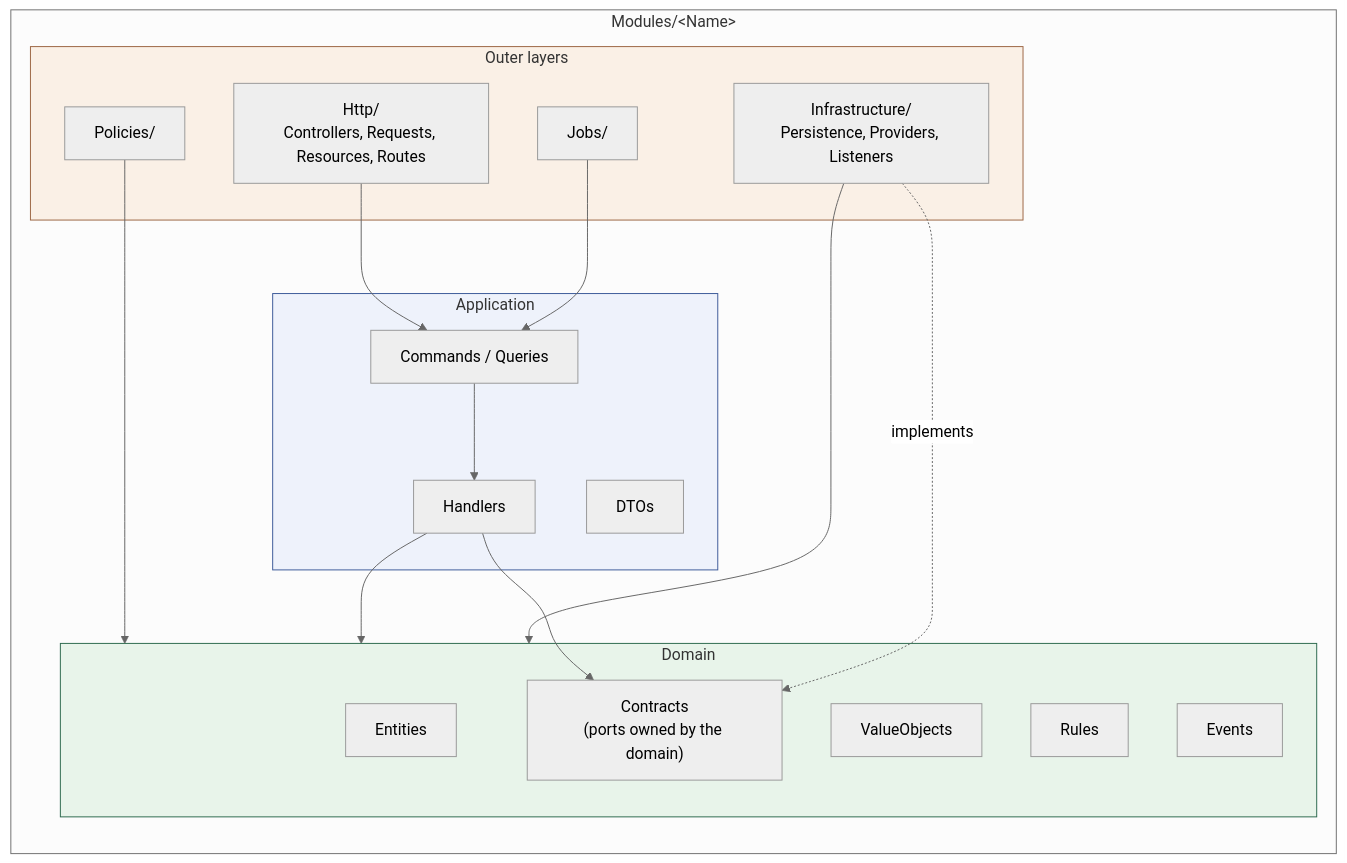
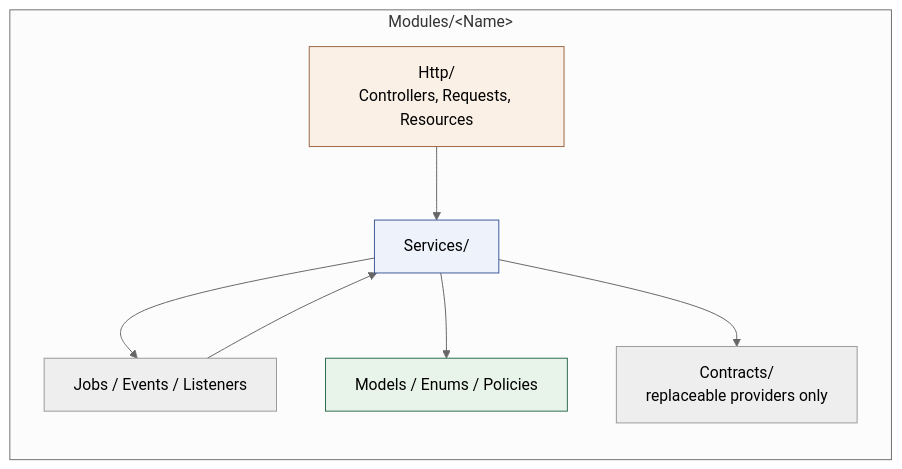
The first of 2 diagrams in docs/architecture/c4-component-module-dependency.md (mahmoudemad68/clinical_system), drawn with Mermaid (neutral theme) before and after one commit. The commit also changed other lines of this file and 526 other files, not shown here.

````diff
--- a/docs/architecture/c4-component-module-dependency.md
+++ b/docs/architecture/c4-component-module-dependency.md
@@ -18,40 +25,22 @@
 ```mermaid
 flowchart TB
     subgraph Module["Modules/&lt;Name&gt;"]
         direction TB
 
-        subgraph Edge["Outer layers"]
-            HTTP["Http/<br/>Controllers, Requests, Resources, Routes"]
-            Infra["Infrastructure/<br/>Persistence, Providers, Listeners"]
-            Jobs["Jobs/"]
-            Policies["Policies/"]
-        end
-
-        subgraph App["Application"]
-            Commands["Commands / Queries"]
-            Handlers["Handlers"]
-            DTOs["DTOs"]
-        end
-
-        subgraph Dom["Domain"]
-            Entities["Entities"]
-            VOs["ValueObjects"]
-            RulesN["Rules"]
-            Events["Events"]
-            Contracts["Contracts<br/>(ports owned by the domain)"]
-        end
+        HTTP["Http/<br/>Controllers, Requests, Resources"]
+        Services["Services/"]
+        Models["Models / Enums / Policies"]
+        Jobs["Jobs / Events / Listeners"]
+        Contracts["Contracts/<br/>replaceable providers only"]
     end
 
-    HTTP --> Commands
-    Jobs --> Commands
-    Policies --> Dom
-    Commands --> Handlers
-    Handlers --> Dom
-    Handlers --> Contracts
-    Infra -. implements .-> Contracts
-    Infra --> Dom
+    HTTP --> Services
+    Jobs --> Services
+    Services --> Models
+    Services --> Contracts
+    Services --> Jobs
 
-    style Dom fill:#e8f4ea,stroke:#2d6a4f
-    style App fill:#eef2fb,stroke:#3d5a99
-    style Edge fill:#faf0e6,stroke:#9c6644
+    style Services fill:#eef2fb,stroke:#3d5a99
+    style Models fill:#e8f4ea,stroke:#2d6a4f
+    style HTTP fill:#faf0e6,stroke:#9c6644
 ```
````
